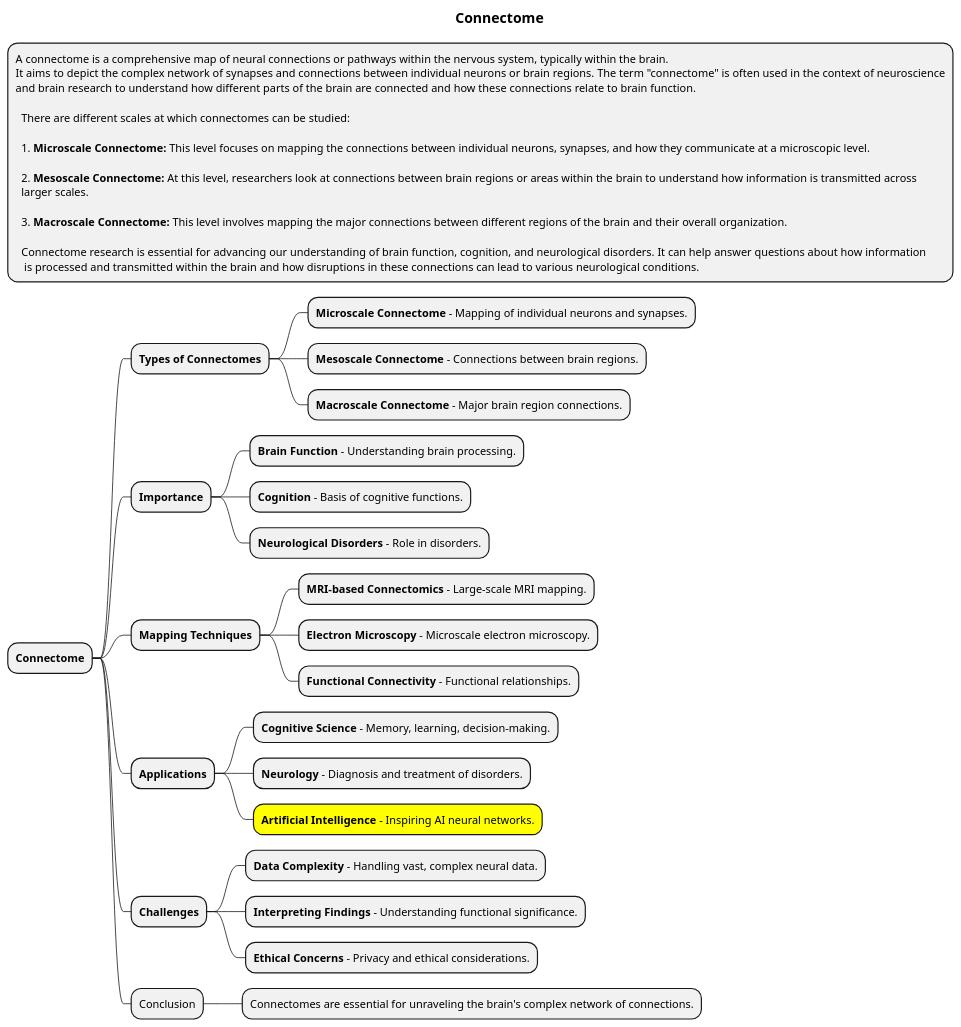
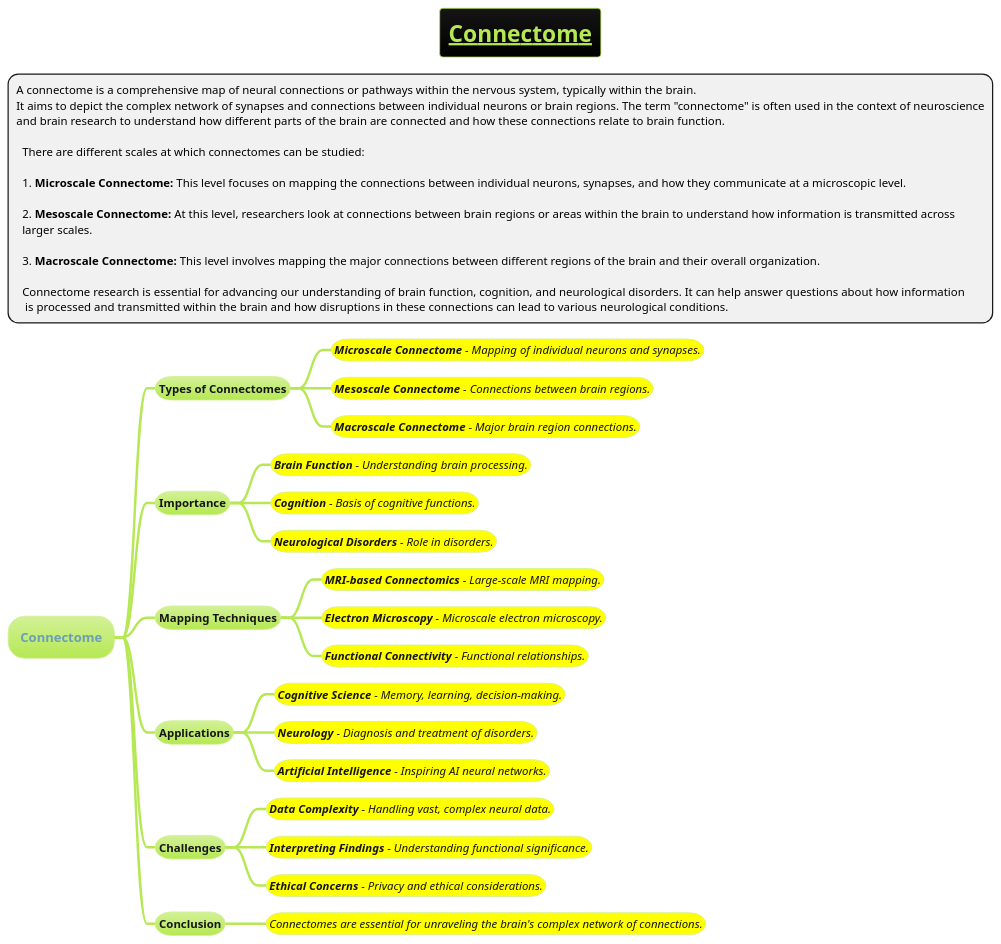
One commit to MehmoodHashmi/Documentation-as-Code-DaC changed the diagram in docs/AI-ML- DL-Data-Science-and-BigData/machine-learning-ML/3-deep-learning-DL/Connectome.puml. Above: the diagram before and after it, drawn with PlantUML. The commit also changed 4 other files, not shown here.

```diff
--- a/docs/AI-ML- DL-Data-Science-and-BigData/machine-learning-ML/3-deep-learning-DL/Connectome.puml
+++ b/docs/AI-ML- DL-Data-Science-and-BigData/machine-learning-ML/3-deep-learning-DL/Connectome.puml
@@ -1,47 +1,49 @@
 @startmindmap
-title =Connectome
+title =__Connectome__
+
 *:A connectome is a comprehensive map of neural connections or pathways within the nervous system, typically within the brain.
 It aims to depict the complex network of synapses and connections between individual neurons or brain regions. The term "connectome" is often used in the context of neuroscience
 and brain research to understand how different parts of the brain are connected and how these connections relate to brain function.
 
   There are different scales at which connectomes can be studied:
 
   1. **Microscale Connectome:** This level focuses on mapping the connections between individual neurons, synapses, and how they communicate at a microscopic level.
 
   2. **Mesoscale Connectome:** At this level, researchers look at connections between brain regions or areas within the brain to understand how information is transmitted across
   larger scales.
 
   3. **Macroscale Connectome:** This level involves mapping the major connections between different regions of the brain and their overall organization.
 
   Connectome research is essential for advancing our understanding of brain function, cognition, and neurological disorders. It can help answer questions about how information
    is processed and transmitted within the brain and how disruptions in these connections can lead to various neurological conditions.;
+!theme hacker
 
 * **Connectome**
 ** **Types of Connectomes**
-*** **Microscale Connectome** - Mapping of individual neurons and synapses.
-*** **Mesoscale Connectome** - Connections between brain regions.
-*** **Macroscale Connectome** - Major brain region connections.
+***[#yellow] ====<size:14>**Microscale Connectome** - Mapping of individual neurons and synapses.
+***[#yellow] ====<size:14>**Mesoscale Connectome** - Connections between brain regions.
+***[#yellow] ====<size:14>**Macroscale Connectome** - Major brain region connections.
 
 ** **Importance**
-*** **Brain Function** - Understanding brain processing.
-*** **Cognition** - Basis of cognitive functions.
-*** **Neurological Disorders** - Role in disorders.
+***[#yellow] ====<size:14>**Brain Function** - Understanding brain processing.
+***[#yellow] ====<size:14>**Cognition** - Basis of cognitive functions.
+***[#yellow] ====<size:14>**Neurological Disorders** - Role in disorders.
 
 ** **Mapping Techniques**
-*** **MRI-based Connectomics** - Large-scale MRI mapping.
-*** **Electron Microscopy** - Microscale electron microscopy.
-*** **Functional Connectivity** - Functional relationships.
+***[#yellow] ====<size:14>**MRI-based Connectomics** - Large-scale MRI mapping.
+***[#yellow] ====<size:14>**Electron Microscopy** - Microscale electron microscopy.
+***[#yellow] ====<size:14>**Functional Connectivity** - Functional relationships.
 
 ** **Applications**
-*** **Cognitive Science** - Memory, learning, decision-making.
-*** **Neurology** - Diagnosis and treatment of disorders.
-***[#yellow] **Artificial Intelligence** - Inspiring AI neural networks.
+***[#yellow] ====<size:14>**Cognitive Science** - Memory, learning, decision-making.
+***[#yellow] ====<size:14>**Neurology** - Diagnosis and treatment of disorders.
+***[#yellow] ====<size:14>**Artificial Intelligence** - Inspiring AI neural networks.
 
 ** **Challenges**
-*** **Data Complexity** - Handling vast, complex neural data.
-*** **Interpreting Findings** - Understanding functional significance.
-*** **Ethical Concerns** - Privacy and ethical considerations.
+***[#yellow] ====<size:14>**Data Complexity** - Handling vast, complex neural data.
+***[#yellow] ====<size:14>**Interpreting Findings** - Understanding functional significance.
+***[#yellow] ====<size:14>**Ethical Concerns** - Privacy and ethical considerations.
 
 ** Conclusion
-*** Connectomes are essential for unraveling the brain's complex network of connections.
+***[#yellow] ====<size:14>Connectomes are essential for unraveling the brain's complex network of connections.
 @endmindmap
```
